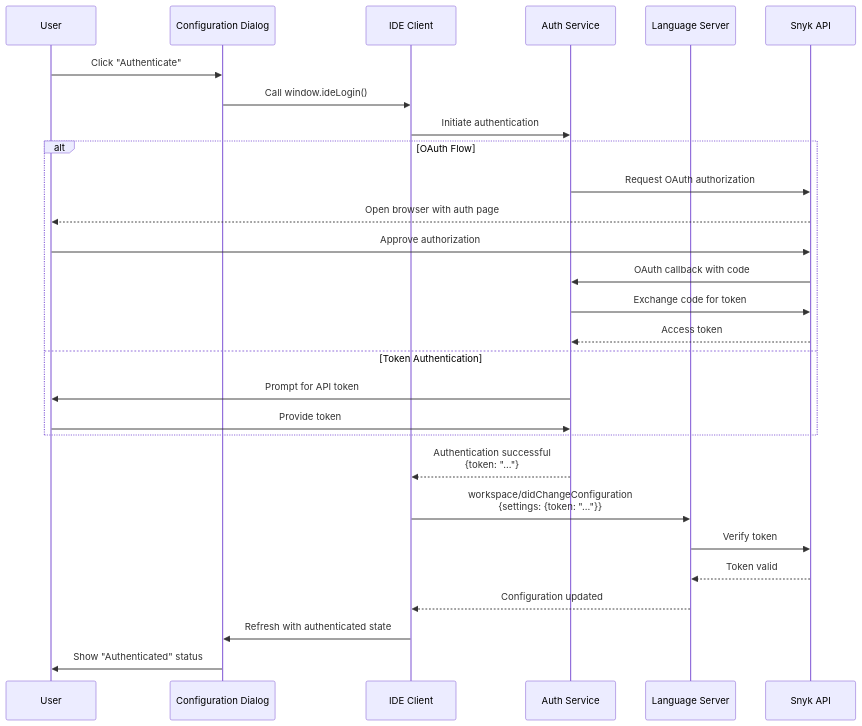
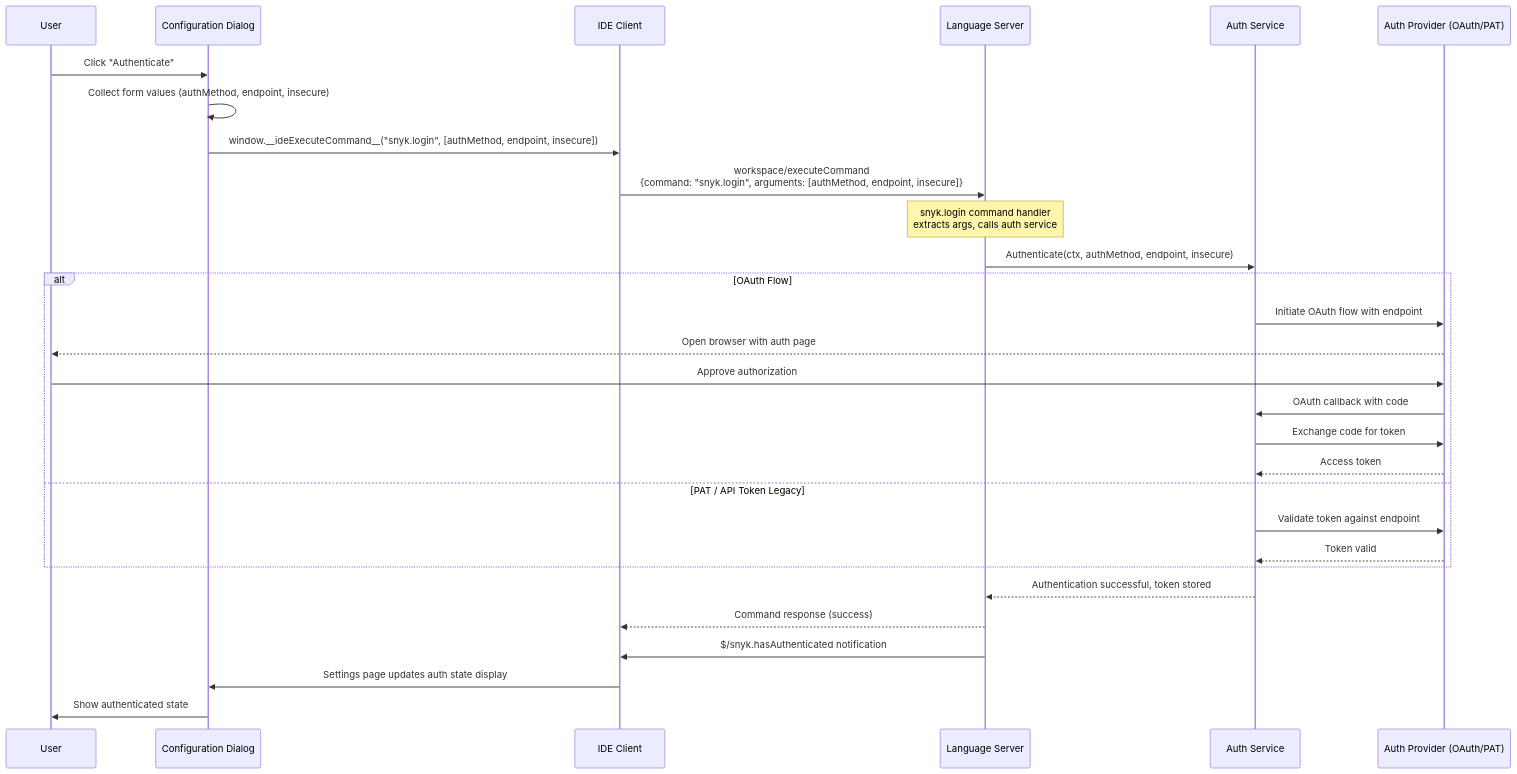
One commit to snyk/snyk-ls changed the fourth of 5 diagrams in docs/configuration-dialog.md. Above: the diagram before and after it, drawn with Mermaid. The commit also changed other lines of this file, not shown here.

````diff
--- a/docs/configuration-dialog.md
+++ b/docs/configuration-dialog.md
@@ -496,38 +523,38 @@
 ```mermaid
 sequenceDiagram
     participant User as User
     participant Dialog as Configuration Dialog
     participant IDE as IDE Client
+    participant LSP as Language Server
     participant Auth as Auth Service
-    participant LSP as Language Server
-    participant Snyk as Snyk API
-    
+    participant Provider as Auth Provider (OAuth/PAT)
+
     User->>Dialog: Click "Authenticate"
-    Dialog->>IDE: Call window.ideLogin()
-    
-    IDE->>Auth: Initiate authentication
-    
+    Dialog->>Dialog: Collect form values (authMethod, endpoint, insecure)
+    Dialog->>IDE: window.__ideExecuteCommand__("snyk.login", [authMethod, endpoint, insecure])
+
+    IDE->>LSP: workspace/executeCommand<br/>{command: "snyk.login", arguments: [authMethod, endpoint, insecure]}
+
+    Note over LSP: snyk.login command handler<br/>extracts args, calls auth service
+
+    LSP->>Auth: Authenticate(ctx, authMethod, endpoint, insecure)
+
     alt OAuth Flow
-        Auth->>Snyk: Request OAuth authorization
-        Snyk-->>User: Open browser with auth page
-        User->>Snyk: Approve authorization
-        Snyk->>Auth: OAuth callback with code
-        Auth->>Snyk: Exchange code for token
-        Snyk-->>Auth: Access token
-    else Token Authentication
-        Auth->>User: Prompt for API token
-        User->>Auth: Provide token
+        Auth->>Provider: Initiate OAuth flow with endpoint
+        Provider-->>User: Open browser with auth page
+        User->>Provider: Approve authorization
+        Provider->>Auth: OAuth callback with code
+        Auth->>Provider: Exchange code for token
+        Provider-->>Auth: Access token
+    else PAT / API Token Legacy
+        Auth->>Provider: Validate token against endpoint
+        Provider-->>Auth: Token valid
     end
-    
-    Auth-->>IDE: Authentication successful<br/>{token: "..."}
-    
-    IDE->>LSP: workspace/didChangeConfiguration<br/>{settings: {token: "..."}}
-    
-    LSP->>Snyk: Verify token
-    Snyk-->>LSP: Token valid
-    
-    LSP-->>IDE: Configuration updated
-    
-    IDE->>Dialog: Refresh with authenticated state
-    Dialog->>User: Show "Authenticated" status
+
+    Auth-->>LSP: Authentication successful, token stored
+    LSP-->>IDE: Command response (success)
+    LSP->>IDE: $/snyk.hasAuthenticated notification
+
+    IDE->>Dialog: Settings page updates auth state display
+    Dialog->>User: Show authenticated state
 ```
````
